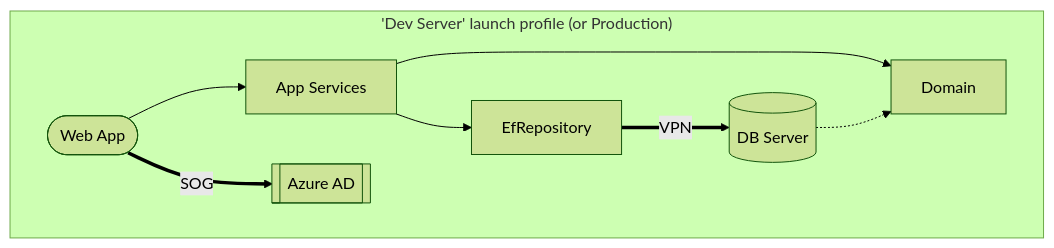
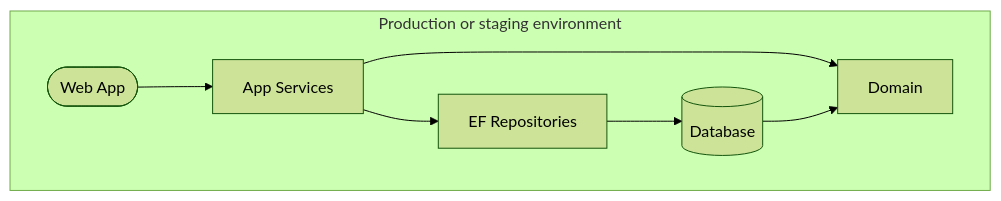
One commit to gaepdit/sbeap changed the third of 3 diagrams in README.md. Above: the diagram before and after it, drawn with Mermaid (forest theme). The commit also changed other lines of this file and 118 other files, not shown here.

````diff
--- a/README.md
+++ b/README.md
@@ -136,18 +144,17 @@
 ```mermaid
 flowchart LR
-    subgraph SPD["'Dev Server' launch profile (or Production)"]
+    subgraph SPD["Production or staging environment"]
         direction LR
         D[Domain]
-        R[EfRepository]
+        R[EF Repositories]
         A[App Services]
         W([Web App])
-        B[(DB Server)]
-        Z[[Azure AD]]
+        B[(Database)]
 
         W --> A
         A --> D
         A --> R
-        R ==>|VPN| B -.-> D
-        W ==>|SOG| Z
+        R --> B
+        B --> D
     end
 ```
````
